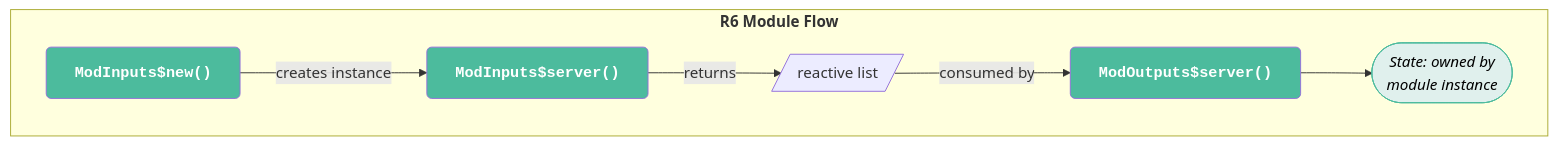
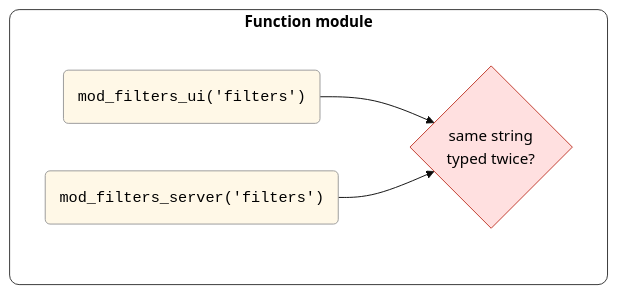
Before and after one commit to mjfrigaard/mjfrigaard.github.io: the eighth of 14 diagrams in posts/shiny-r6/index.qmd, drawn with Mermaid. The commit also changed other lines of this file and 17 other files, not shown here.

````diff
--- a/posts/shiny-r6/index.qmd
+++ b/posts/shiny-r6/index.qmd
@@ -566,27 +463,22 @@
 ```{mermaid}
 %%| eval: true
+%%| echo: false
 %%| fig-align: 'center'
-%%| fig-caption: 'State Flow: R6 Modules (stocktipr6)'
-%%| echo: false
-%%{init: {'theme': 'base', 'themeVariables': { 'fontFamily': 'monospace', "darkMode":true}}}}%%
+%%| fig-cap: 'How function module patterns matche the UI and server namespace'
+%%{init: {'theme': 'base', 'themeVariables': { 'fontFamily': 'monospace', "darkMode":true}}}%%
 
 flowchart TD
-    subgraph R6Flow["<strong>R6 Module Flow</strong>"]
-        MI["<strong>ModInputs$new()</strong>"]
-        MS["<strong>ModInputs$server()</strong>"]
-        MReact[/"reactive list"/]
-        MPass["<strong>ModOutputs$server()</strong>"]
-        MOwn(["<em>State: owned by<br/>module instance</em>"])
+    subgraph Fn["<strong>Function module</strong>"]
+        FUI("<code>mod_filters_ui('filters')</code>")
+        FSrv("<code>mod_filters_server('filters')</code>")
+        Match{"same string<br/>typed twice?"}
+        FUI --> Match
+        FSrv --> Match
     end
 
-    MI -->|"creates instance"| MS
-    MS -->|"returns"| MReact
-    MReact -->|"consumed by"| MPass
-    MPass --> MOwn
 
-    style MI fill:#4CBB9D,color:#FFFFFF,rx:5,ry:5,font-family:monospace
-    style MS fill:#4CBB9D,color:#FFFFFF,rx:5,ry:5,font-family:monospace
-    style MPass fill:#4CBB9D,color:#FFFFFF,rx:5,ry:5,font-family:monospace
-    style MOwn fill:#E0F0ED,color:#000000,stroke:#4CBB9D
-    
+    style FUI fill:#FFF8E7,color:#000000,stroke:#999
+    style FSrv fill:#FFF8E7,color:#000000,stroke:#999
+    style Match fill:#FFE0E0,color:#000000,stroke:#c0392b
+    style Fn fill:#FFFFFF,color:#000000,stroke:#333,rx:10,ry:10
 ```
````
